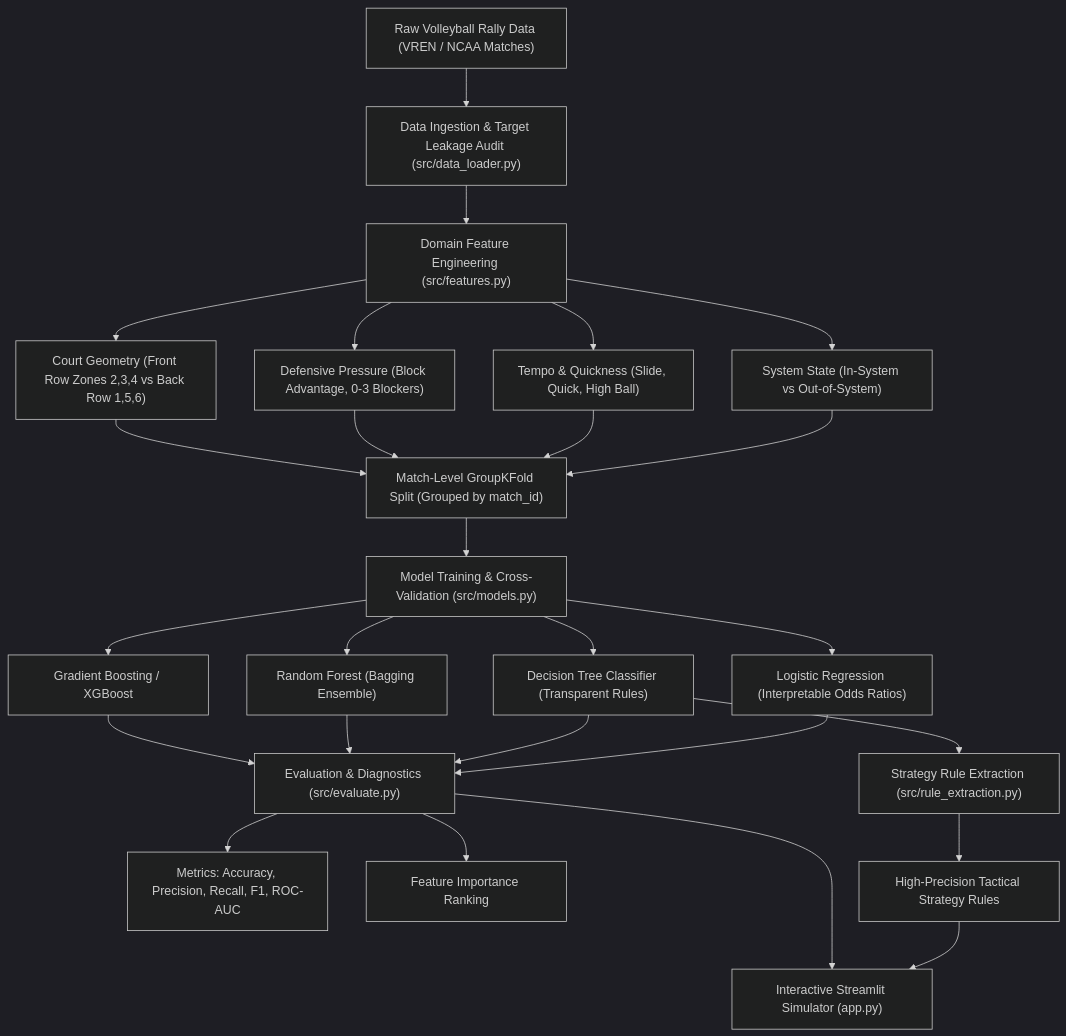
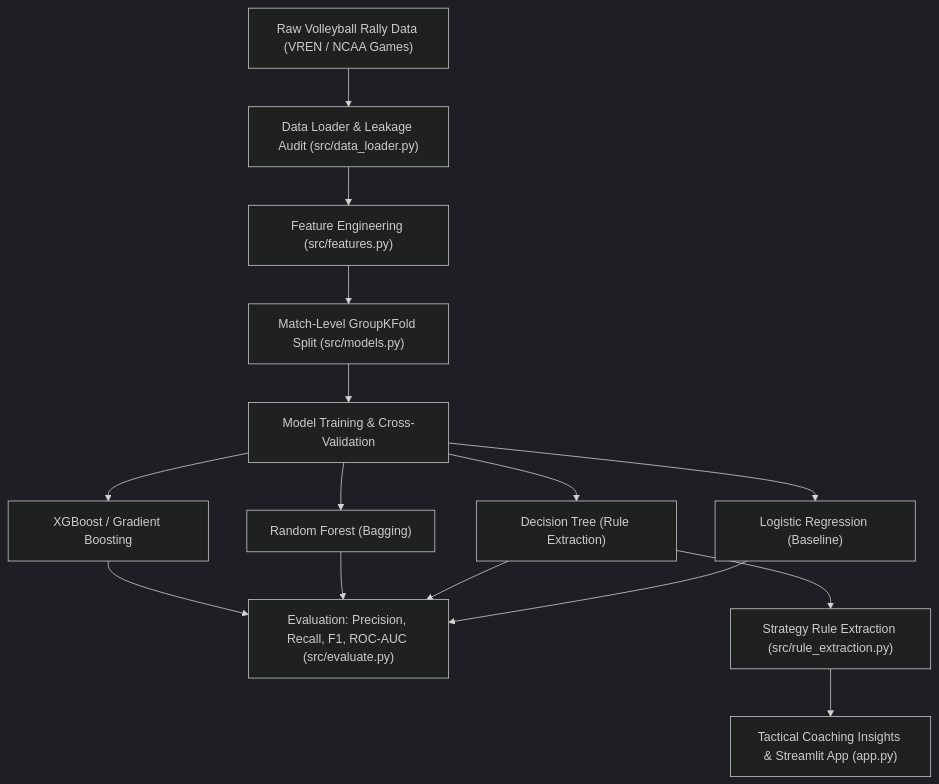
Before and after one commit to RajKadvani/Volleyball-attack-strategy-ml: the diagram in README.md, drawn with Mermaid (dark theme). The commit also changed other lines of this file, not shown here.

````diff
--- a/README.md
+++ b/README.md
@@ -60,26 +53,14 @@
 ```mermaid
 flowchart TD
-    A["Raw Volleyball Rally Data (VREN / NCAA Matches)"] --> B["Data Ingestion & Target Leakage Audit (src/data_loader.py)"]
-    B --> C["Domain Feature Engineering (src/features.py)"]
-    C --> C1["System State (In-System vs Out-of-System)"]
-    C --> C2["Tempo & Quickness (Slide, Quick, High Ball)"]
-    C --> C3["Defensive Pressure (Block Advantage, 0-3 Blockers)"]
-    C --> C4["Court Geometry (Front Row Zones 2,3,4 vs Back Row 1,5,6)"]
-    
-    C1 & C2 & C3 & C4 --> D["Match-Level GroupKFold Split (Grouped by match_id)"]
-    
-    D --> E["Model Training & Cross-Validation (src/models.py)"]
-    E --> F1["Logistic Regression (Interpretable Odds Ratios)"]
-    E --> F2["Decision Tree Classifier (Transparent Rules)"]
-    E --> F3["Random Forest (Bagging Ensemble)"]
-    E --> F4["Gradient Boosting / XGBoost"]
-    
-    F1 & F2 & F3 & F4 --> G["Evaluation & Diagnostics (src/evaluate.py)"]
-    G --> H1["Metrics: Accuracy, Precision, Recall, F1, ROC-AUC"]
-    G --> H2["Feature Importance Ranking"]
-    
-    F2 --> I["Strategy Rule Extraction (src/rule_extraction.py)"]
-    I --> J["High-Precision Tactical Strategy Rules"]
-    
-    J & G --> K["Interactive Streamlit Simulator (app.py)"]
+    A["Raw Volleyball Rally Data (VREN / NCAA Games)"] --> B["Data Loader & Leakage Audit (src/data_loader.py)"]
+    B --> C["Feature Engineering (src/features.py)"]
+    C --> D["Match-Level GroupKFold Split (src/models.py)"]
+    D --> E["Model Training & Cross-Validation"]
+    E --> F1["Logistic Regression (Baseline)"]
+    E --> F2["Decision Tree (Rule Extraction)"]
+    E --> F3["Random Forest (Bagging)"]
+    E --> F4["XGBoost / Gradient Boosting"]
+    F1 & F2 & F3 & F4 --> G["Evaluation: Precision, Recall, F1, ROC-AUC (src/evaluate.py)"]
+    F2 --> H["Strategy Rule Extraction (src/rule_extraction.py)"]
+    H --> I["Tactical Coaching Insights & Streamlit App (app.py)"]
 ```
````
